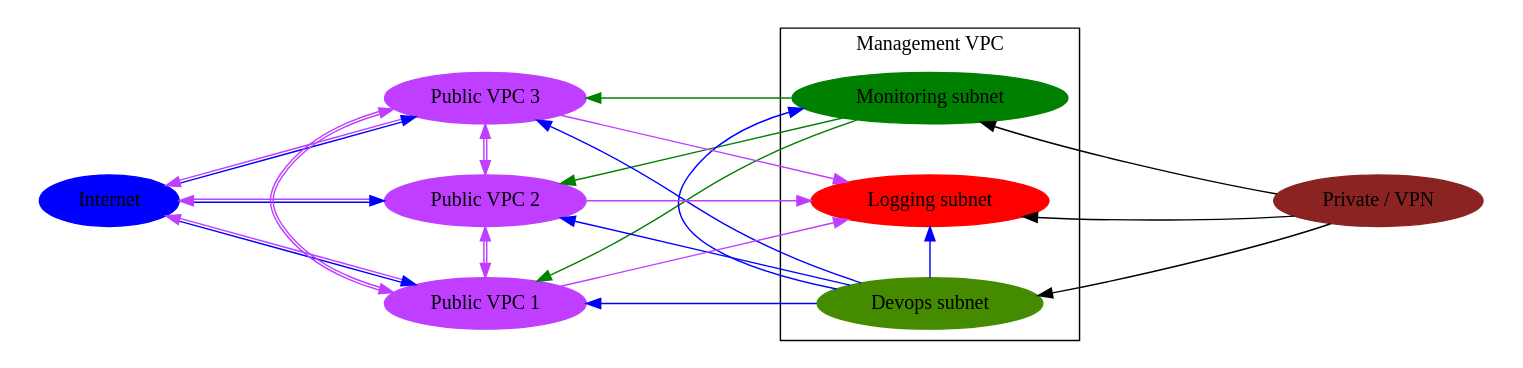
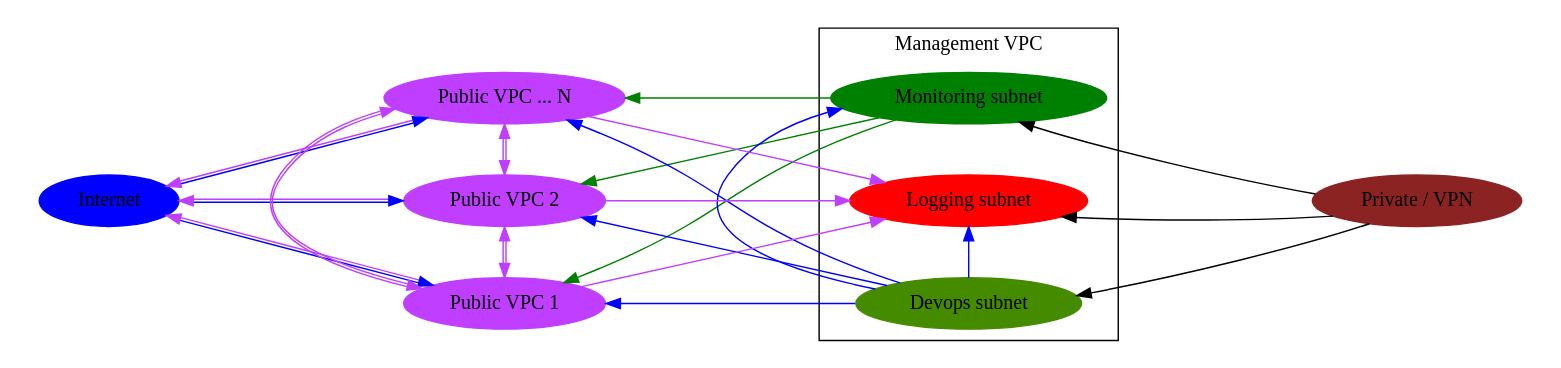
Before and after one commit to jpancoast/cloudsetup: the diagram in docs/overall_layout.dot, drawn with Graphviz. The commit also changed 1 other file, not shown here.

Commit message:
now 'N' number of VPC's

```diff
--- a/docs/overall_layout.dot
+++ b/docs/overall_layout.dot
@@ -1,97 +1,97 @@
 digraph G {
     rankdir=LR
     
     Internet [ color = blue, style = filled ]
     "Monitoring subnet" [ color = green, style = filled ]
     "Logging subnet" [ color = red, style = filled ]
     "Devops subnet" [ color = "chartreuse4", style = filled ]
 
     "Public VPC 1" [ color = "darkorchid1", style = filled ]
     "Public VPC 2" [ color = "darkorchid1", style = filled ]
-    "Public VPC 3" [ color = "darkorchid1", style = filled ]
+    "Public VPC ... N" [ color = "darkorchid1", style = filled ]
 
     "Private / VPN" [ color = "brown4", style = filled ]
 
 
     ranksep = 2.0
     nodesep = .5
 
 
     subgraph cluster1 
     {
         style="invis"
         Internet;
     }
 
     subgraph cluster2 
     {
         style="invis"
 
         "Public VPC 1";
         "Public VPC 2";
-        "Public VPC 3";
+        "Public VPC ... N";
 
         {
             rank="same"
-            "Public VPC 1";"Public VPC 2";"Public VPC 3";
+            "Public VPC 1";"Public VPC 2";"Public VPC ... N";
         }
     }
 
     subgraph cluster3
     {
         label="Management VPC"
         "Logging subnet";
         "Monitoring subnet";
         "Devops subnet";
 
         {
             rank="same";
             "Logging subnet";
             "Monitoring subnet";
             "Devops subnet";
         }
     }
 
     subgraph cluster4
     {
         style="invis"
         "Private / VPN"
 
         {
             rank="max";
             "Private / VPN";
         }
     }
 
 
     Internet -> "Public VPC 1" [dir=both color="blue:darkorchid1" constraint=false];
     Internet -> "Public VPC 2" [dir=both color="blue:darkorchid1"];
-    Internet -> "Public VPC 3" [dir=both color="blue:darkorchid1" constraint=false];
+    Internet -> "Public VPC ... N" [dir=both color="blue:darkorchid1" constraint=false];
 
     "Public VPC 1" -> "Public VPC 2"[dir=both color="darkorchid1:darkorchid1"];
-    "Public VPC 1" -> "Public VPC 3"[dir=both color="darkorchid1:darkorchid1"];
-    "Public VPC 2" -> "Public VPC 3"[dir=both color="darkorchid1:darkorchid1"];
+    "Public VPC 1" -> "Public VPC ... N"[dir=both color="darkorchid1:darkorchid1"];
+    "Public VPC 2" -> "Public VPC ... N"[dir=both color="darkorchid1:darkorchid1"];
 
     "Public VPC 1" -> "Logging subnet"[ color = "darkorchid1" ];
     "Public VPC 2" -> "Logging subnet"[ color = "darkorchid1" ];
-    "Public VPC 3" -> "Logging subnet"[ color = "darkorchid1" ];
+    "Public VPC ... N" -> "Logging subnet"[ color = "darkorchid1" ];
 
     "Monitoring subnet" -> "Public VPC 1"[ color="green" constraint=false];
     "Monitoring subnet" -> "Public VPC 2"[ color="green"];
-    "Monitoring subnet" -> "Public VPC 3"[ color="green"];
+    "Monitoring subnet" -> "Public VPC ... N"[ color="green"];
 
     "Devops subnet" -> "Public VPC 1"[constraint=false color="blue"];
     "Devops subnet" -> "Public VPC 2"[constraint=false color="blue"];
-    "Devops subnet" -> "Public VPC 3"[constraint=false color="blue"];
+    "Devops subnet" -> "Public VPC ... N"[constraint=false color="blue"];
 
     "Devops subnet" -> "Logging subnet" [ color="blue" ];
     "Devops subnet" -> "Monitoring subnet"[ color="blue" ];
 
     "Devops subnet" -> "Private / VPN" [style="invis"]
     "Monitoring subnet" -> "Private / VPN" [style="invis"]
     "Logging subnet" -> "Private / VPN" [style="invis"]
 
     "Private / VPN" -> "Devops subnet"[constraint=false];
     "Private / VPN" -> "Monitoring subnet"[constraint=false];
     "Private / VPN" -> "Logging subnet";
 }
```
